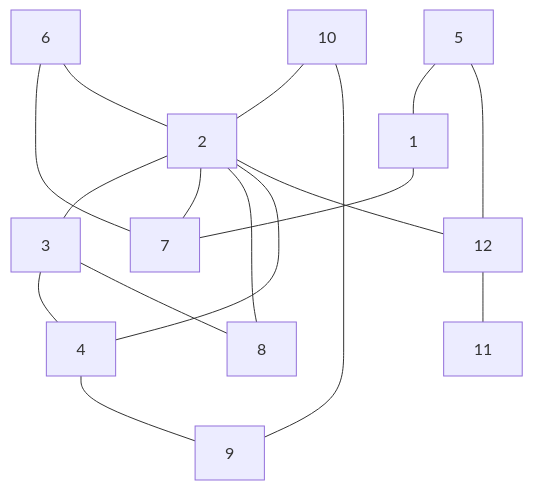
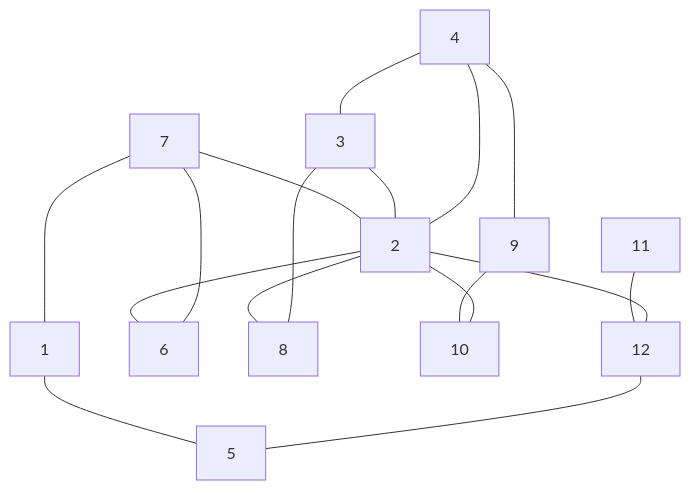
The diagram in README.md (antononcube/Raku-Graph), drawn with Mermaid before and after one commit. The commit also changed other lines of this file and 1 other file, not shown here.

Commit message:
docs:Added docs TODO items.

````diff
--- a/README.md
+++ b/README.md
@@ -84,19 +84,19 @@
 ```mermaid
 graph TD
-6 --- 7
-6 --- 2
-10 --- 2
-10 --- 9
-2 --- 3
-2 --- 7
+4 --- 9
+4 --- 2
+4 --- 3
+3 --- 2
+3 --- 8
+7 --- 2
+7 --- 1
+7 --- 6
+2 --- 10
 2 --- 8
-2 --- 4
+2 --- 6
 2 --- 12
-3 --- 4
-3 --- 8
-4 --- 9
-5 --- 1
-5 --- 12
-1 --- 7
-12 --- 11
+11 --- 12
+12 --- 5
+9 --- 10
+1 --- 5
 ```
````
